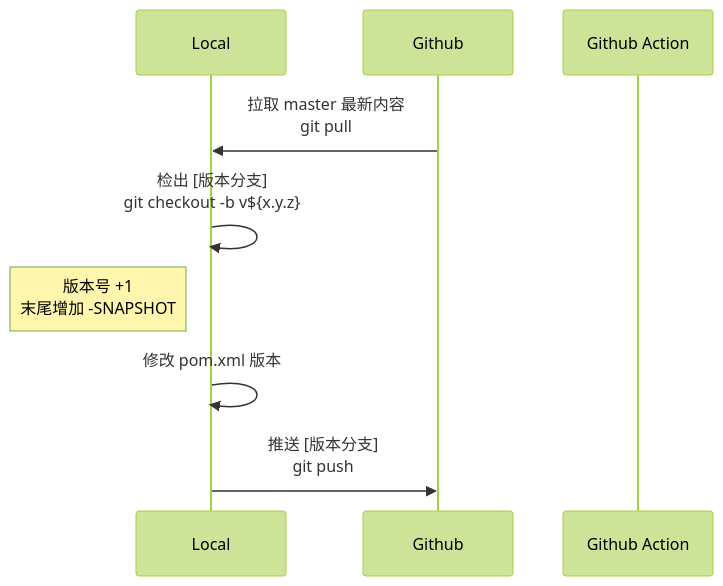
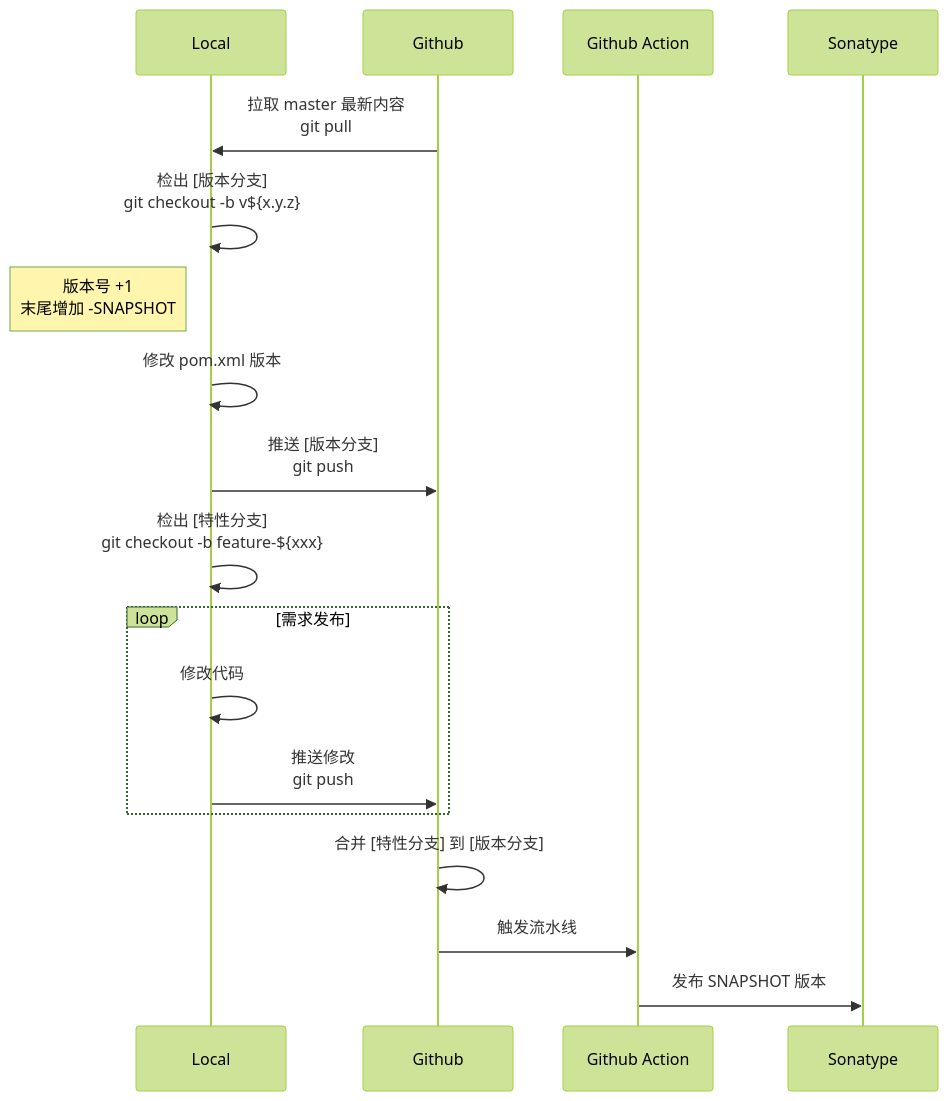
One commit to EXP-Codes/exp-libs-refactor changed the diagram in DevSOP.md. Above: the diagram before and after it, drawn with Mermaid (forest theme).

````diff
--- a/DevSOP.md
+++ b/DevSOP.md
@@ -26,12 +26,20 @@
 ```mermaid
 sequenceDiagram
     participant Local
     participant Github
     participant Github Action
+    participant Sonatype
     Github->>Local: 拉取 master 最新内容<br/>git pull
     Local->>Local: 检出 [版本分支]<br/>git checkout -b v${x.y.z}
     Note left of Local: 版本号 +1<br/>末尾增加 -SNAPSHOT
     Local->>Local: 修改 pom.xml 版本
     Local->>Github: 推送 [版本分支]<br/>git push
-    
+    Local->>Local: 检出 [特性分支]<br/>git checkout -b feature-${xxx}
+    loop 需求发布
+        Local->>Local: 修改代码
+        Local->>Github: 推送修改<br/>git push
+    end
+    Github->>Github: 合并 [特性分支] 到 [版本分支]
+    Github->>Github Action: 触发流水线
+    Github Action->>Sonatype: 发布 SNAPSHOT 版本
 ```
````
